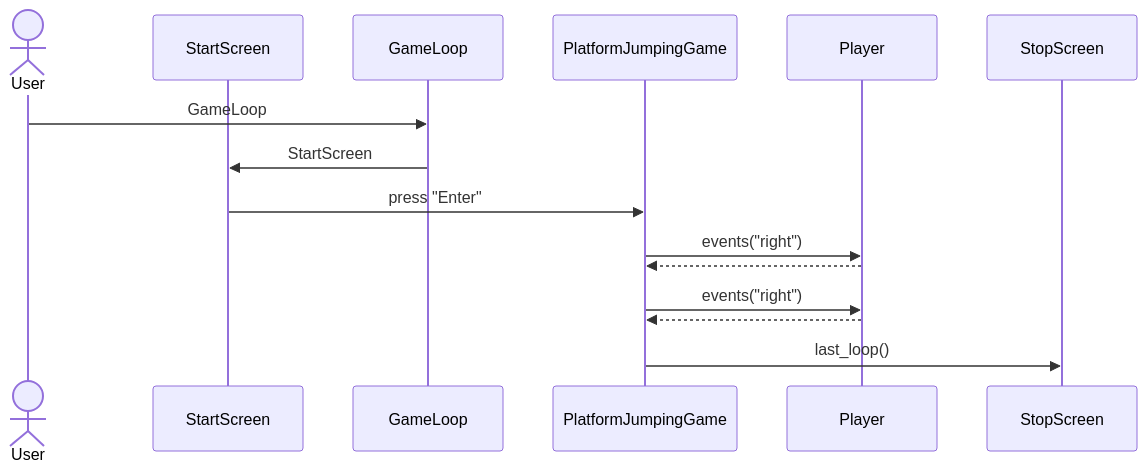
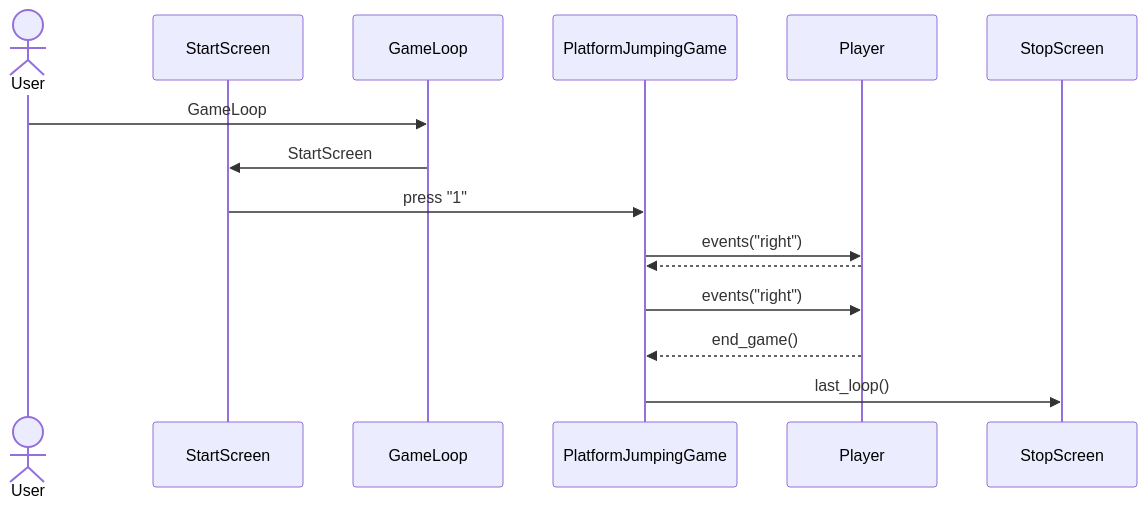
Before and after one commit to ElisaMero/ot_harjoitustyo: the second of 4 diagrams in dokumentaatio/arkkitehtuuri.md, drawn with Mermaid. The commit also changed other lines of this file, not shown here.

````diff
--- a/dokumentaatio/arkkitehtuuri.md
+++ b/dokumentaatio/arkkitehtuuri.md
@@ -31,18 +32,18 @@
 ```mermaid
 sequenceDiagram
   actor User
   participant StartScreen
   participant GameLoop
   participant PlatformJumpingGame
   participant Player
   participant StopScreen
   User->>GameLoop: GameLoop
   GameLoop->>StartScreen: StartScreen
-  StartScreen->>PlatformJumpingGame: press "Enter"
+  StartScreen->>PlatformJumpingGame: press "1"
   PlatformJumpingGame->>Player: events("right")
   Player-->>PlatformJumpingGame: 
   PlatformJumpingGame->>Player: events("right")
-  Player-->>PlatformJumpingGame: 
+  Player-->>PlatformJumpingGame: end_game()
   PlatformJumpingGame->>StopScreen: last_loop()
    
 ```
````
